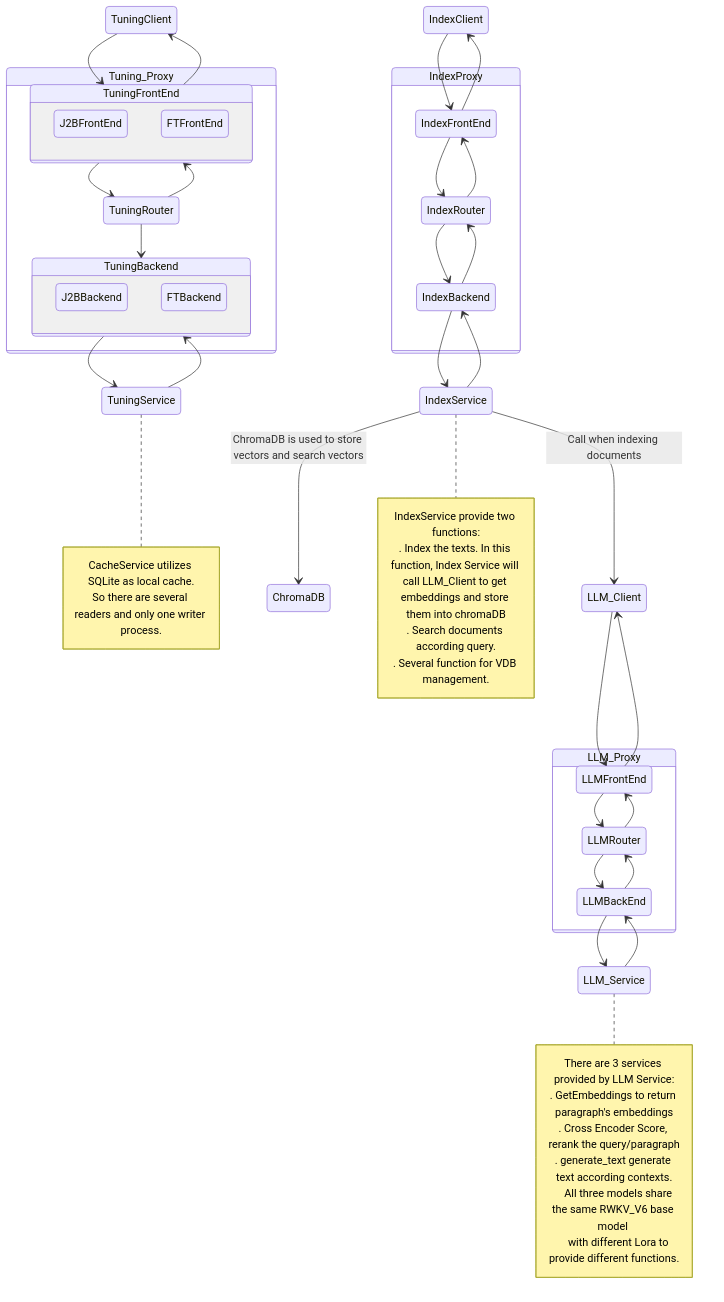
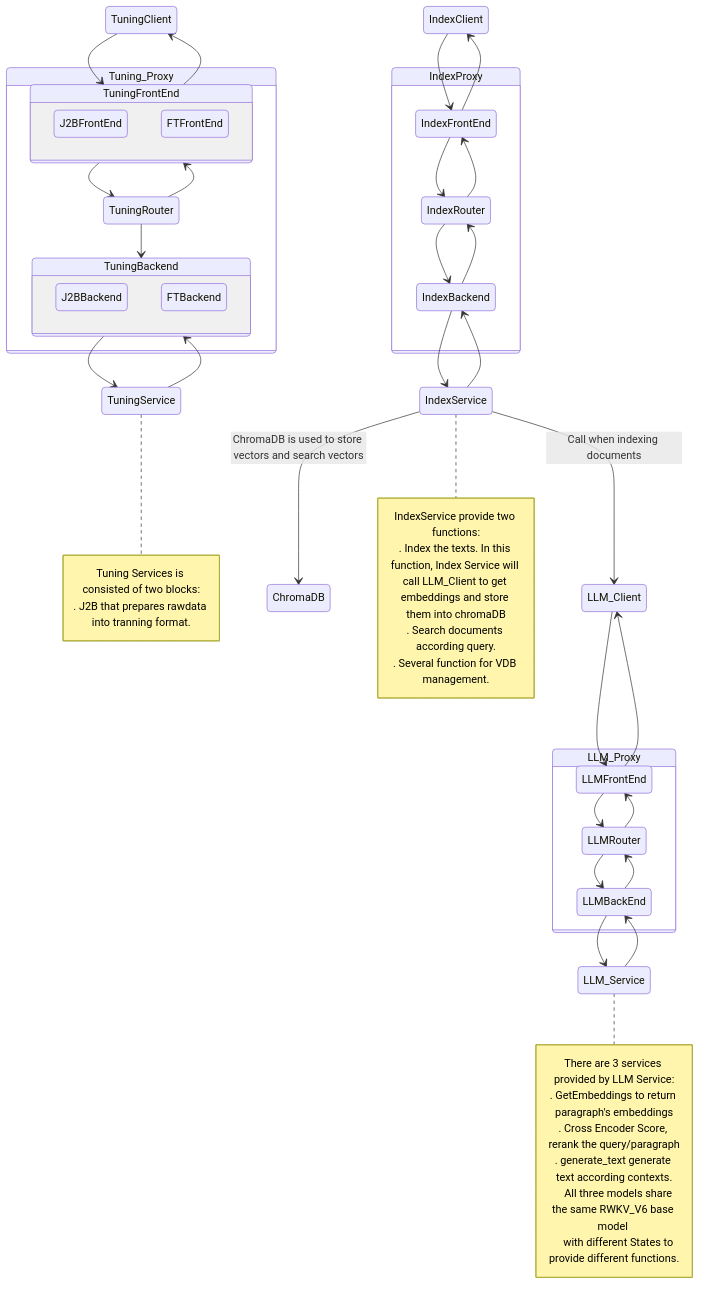
One commit to AIIRWKV/RWKV-RAG changed the fourth of 4 diagrams in README.md. Above: the diagram before and after it, drawn with Mermaid.

````diff
--- a/README.md
+++ b/README.md
@@ -154,74 +154,74 @@
 ```mermaid
 stateDiagram-v2
 
 LLM_Client --> LLMFrontEnd
 LLMFrontEnd --> LLM_Client
 LLM_Proxy
 state LLM_Proxy{
     LLMFrontEnd --> LLMRouter 
     LLMRouter --> LLMBackEnd
     LLMRouter --> LLMFrontEnd
     LLMBackEnd --> LLMRouter
 }
 LLMBackEnd --> LLM_Service
 LLM_Service --> LLMBackEnd
 note right of LLM_Service
     There are 3 services provided by LLM Service:
     . GetEmbeddings to return paragraph's embeddings
     . Cross Encoder Score, rerank the query/paragraph
     . generate_text generate text according contexts.
 
     All three models share the same RWKV_V6 base model 
-    with different Lora to provide different functions.
+    with different States to provide different functions.
 end note
 
 TuningClient
 Tuning_Proxy
 state Tuning_Proxy{
     TuningFrontEnd
     state TuningFrontEnd{
         J2BFrontEnd
         FTFrontEnd
     }
     TuningFrontEnd --> TuningRouter 
     TuningRouter -->  TuningFrontEnd
     TuningRouter --> TuningBackend
     TuningBackend
     state TuningBackend{
         J2BBackend
         FTBackend
     }
 }
 TuningClient --> TuningFrontEnd
 TuningFrontEnd --> TuningClient
 TuningService --> TuningBackend
 TuningBackend --> TuningService
 note right of TuningService
-CacheService utilizes SQLite as local cache.
-So there are several readers and only one writer process.
+Tuning Services is consisted of two blocks:
+. J2B that prepares rawdata into tranning format.
 end note
 
 
 IndexClient
 IndexProxy
 state IndexProxy{
     IndexFrontEnd --> IndexRouter
     IndexRouter --> IndexFrontEnd
     IndexRouter --> IndexBackend
     IndexBackend --> IndexRouter
 }
 IndexClient --> IndexFrontEnd
 IndexFrontEnd --> IndexClient
 IndexBackend --> IndexService
 IndexService --> IndexBackend
 IndexService --> LLM_Client :Call when indexing documents
 IndexService --> ChromaDB :ChromaDB is used to store vectors and search vectors
 note right of IndexService
 IndexService provide two functions:
 . Index the texts. In this function, Index Service will call LLM_Client to get embeddings and store them into chromaDB
 . Search documents according query.
 . Several function for VDB management.
 
 end note
 
 ```
````
